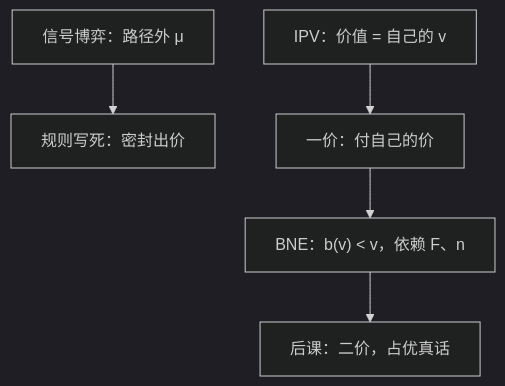
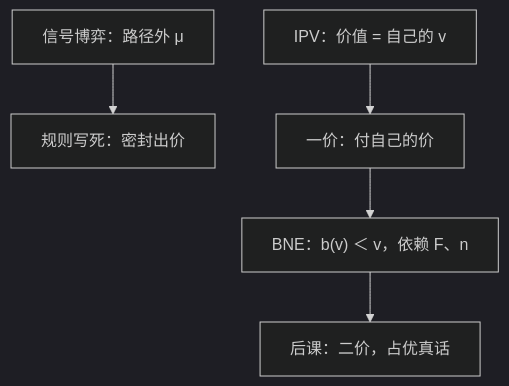
One commit to xhongduo-tech/xhongduo-tech.github.io changed the diagram in docs/econ/ipv-first-price.md. Above: the diagram before and after it, drawn with Mermaid (dark theme). The commit also changed other lines of this file and 772 other files, not shown here.

````diff
--- a/docs/econ/ipv-first-price.md
+++ b/docs/econ/ipv-first-price.md
@@ -40,7 +40,7 @@
 ```mermaid
 flowchart TD
   SIG["信号博弈：路径外 μ"] --> AUC["规则写死：密封出价"]
   IPV["IPV：价值 = 自己的 v"] --> FP["一价：付自己的价"]
-  FP --> SHADE["BNE：b(v) < v，依赖 F、n"]
+  FP --> SHADE["BNE：b(v) ＜ v，依赖 F、n"]
   SHADE --> SP["后课：二价，占优真话"]
 ```
````
